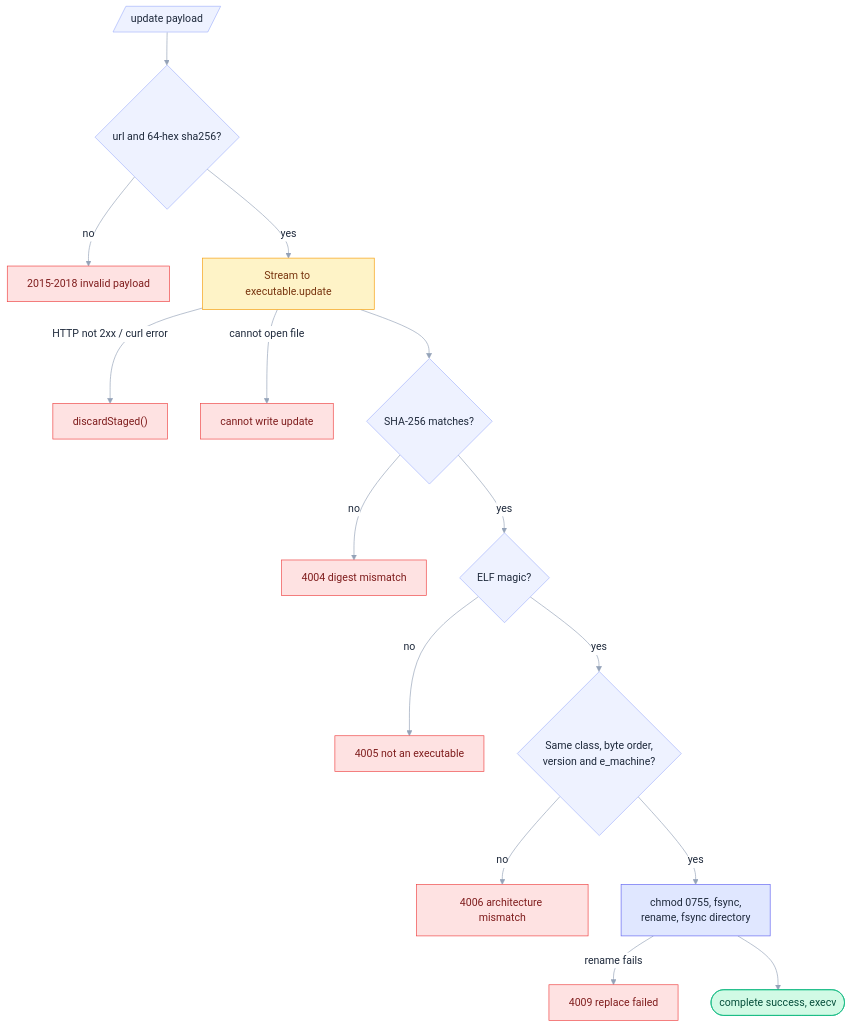
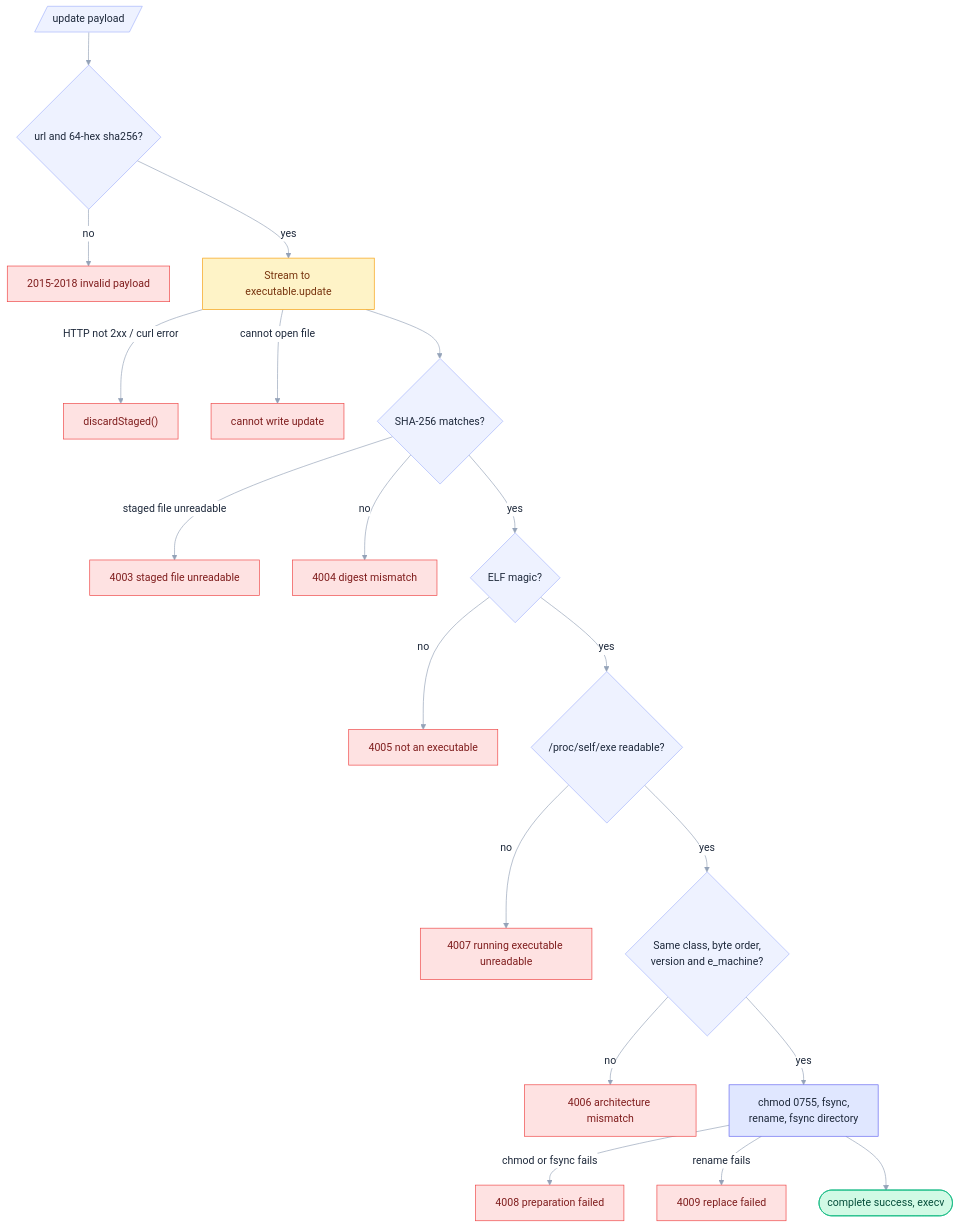
One commit to joaorochajr/event-puppeteer changed the third of 8 diagrams in apps/puppet/docs/update.md. Above: the diagram before and after it, drawn with Mermaid. The commit also changed other lines of this file and 4 other files, not shown here.

````diff
--- a/apps/puppet/docs/update.md
+++ b/apps/puppet/docs/update.md
@@ -101,31 +101,35 @@
 ```mermaid
 %%{init: {'theme': 'base', 'themeVariables': {
   'primaryColor': '#e0e7ff', 'primaryTextColor': '#1e293b',
   'primaryBorderColor': '#6366f1', 'lineColor': '#94a3b8',
   'secondaryColor': '#d1fae5', 'tertiaryColor': '#fef3c7',
   'background': '#ffffff', 'mainBkg': '#eef2ff', 'nodeBorder': '#a5b4fc',
   'clusterBkg': '#f8fafc', 'clusterBorder': '#e2e8f0',
   'titleColor': '#1e293b', 'edgeLabelBackground': '#ffffff', 'textColor': '#334155'
 }}}%%
 flowchart TD
     payload[/"update payload"/] --> parse{"url and 64-hex sha256?"}
     parse -->|no| e2015["2015-2018 invalid payload"]:::danger
     parse -->|yes| download["Stream to executable.update"]:::shell
     download -->|"HTTP not 2xx / curl error"| discard["discardStaged()"]:::danger
     download -->|cannot open file| eFile["cannot write update"]:::danger
     download --> hash{"SHA-256 matches?"}
+    hash -->|"staged file unreadable"| e4003["4003 staged file unreadable"]:::danger
     hash -->|no| e4004["4004 digest mismatch"]:::danger
     hash -->|yes| magic{"ELF magic?"}
     magic -->|no| e4005["4005 not an executable"]:::danger
-    magic -->|yes| arch{"Same class, byte order,<br/>version and e_machine?"}
+    magic -->|yes| running{"/proc/self/exe readable?"}
+    running -->|no| e4007["4007 running executable unreadable"]:::danger
+    running -->|yes| arch{"Same class, byte order,<br/>version and e_machine?"}
     arch -->|no| e4006["4006 architecture mismatch"]:::danger
     arch -->|yes| install["chmod 0755, fsync,<br/>rename, fsync directory"]:::core
+    install -->|"chmod or fsync fails"| e4008["4008 preparation failed"]:::danger
     install -->|rename fails| e4009["4009 replace failed"]:::danger
     install --> success(["complete success, execv"]):::ok
     classDef core fill:#e0e7ff,stroke:#6366f1,color:#1e293b
     classDef shell fill:#fef3c7,stroke:#f59e0b,color:#78350f
     classDef store fill:#d1fae5,stroke:#10b981,color:#064e3b
     classDef external fill:#f1f5f9,stroke:#94a3b8,color:#334155
     classDef danger fill:#fee2e2,stroke:#ef4444,color:#7f1d1d
     classDef ok fill:#d1fae5,stroke:#10b981,color:#064e3b
 ```
````
